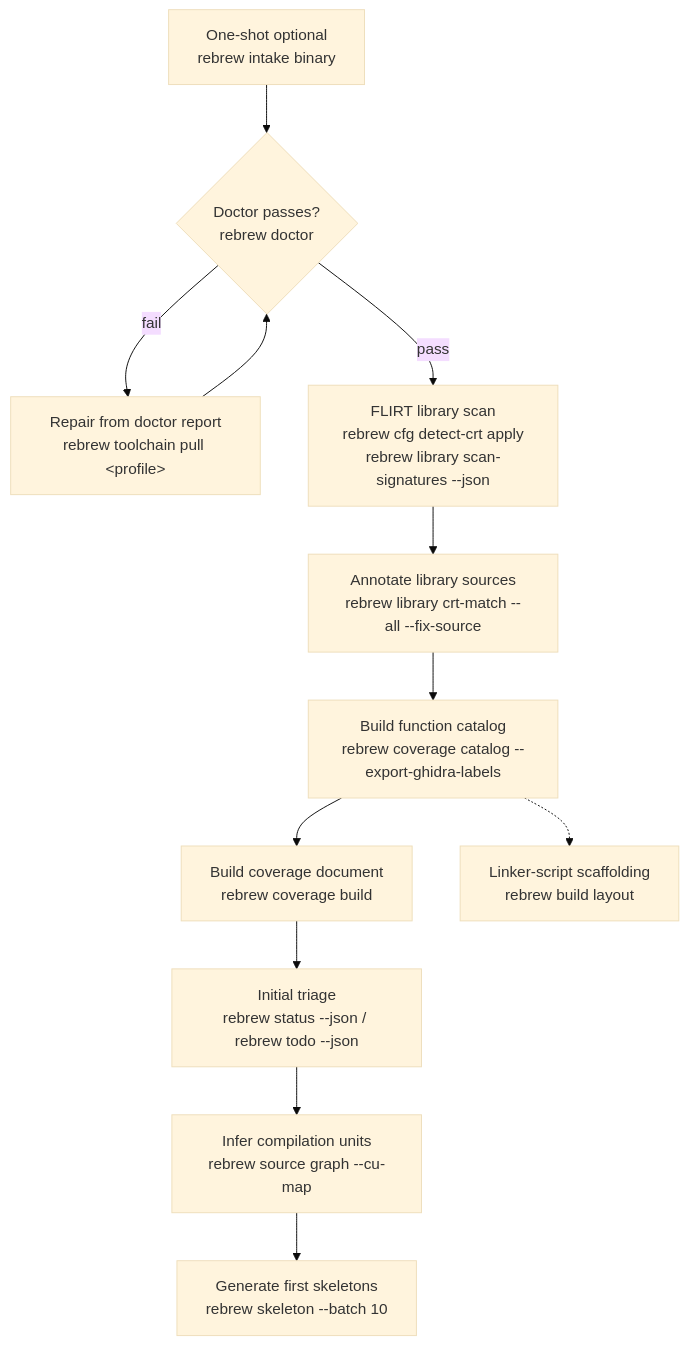
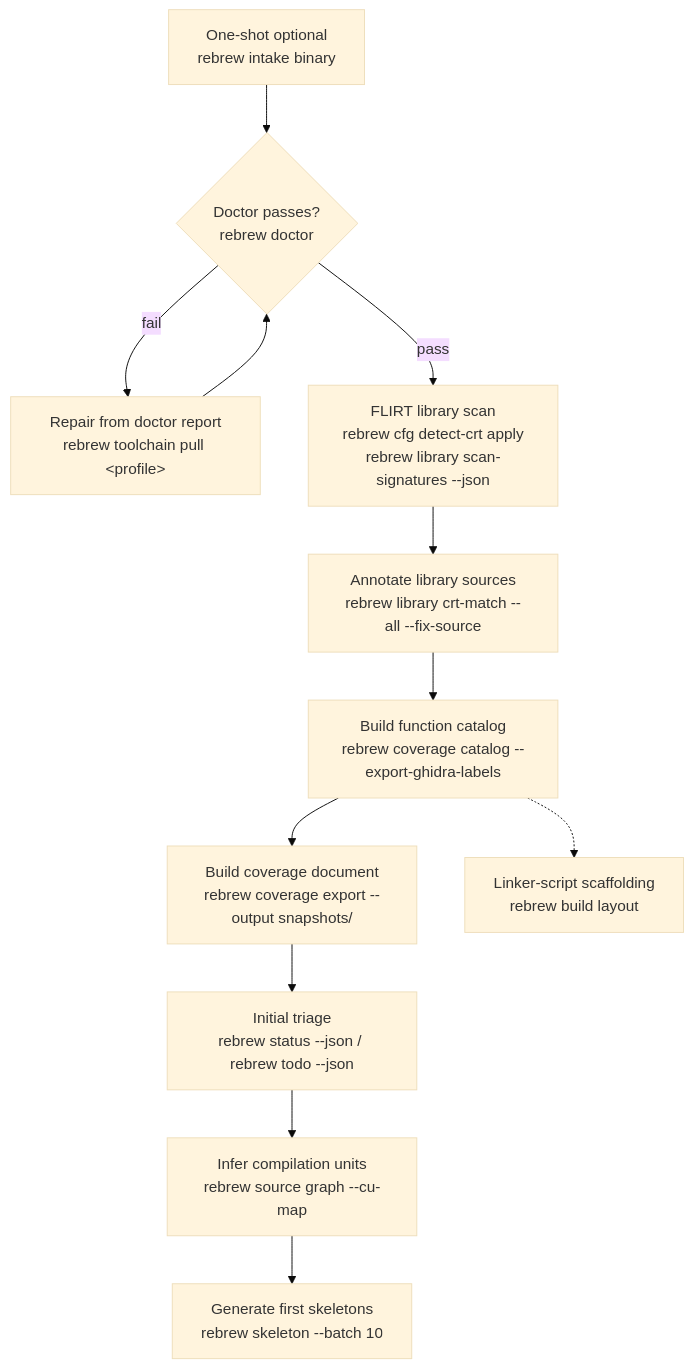
One commit to maci0/rebrew changed the diagram in .agents/skills/rebrew-intake/SKILL.md. Above: the diagram before and after it, drawn with Mermaid (base theme). The commit also changed other lines of this file and 95 other files, not shown here.

````diff
--- a/.agents/skills/rebrew-intake/SKILL.md
+++ b/.agents/skills/rebrew-intake/SKILL.md
@@ -10,14 +10,14 @@
 ```mermaid
 graph TD
     OneShot[One-shot optional<br/>rebrew intake binary] --> Doctor
     Doctor{Doctor passes?<br/>rebrew doctor} -->|fail| Fix[Repair from doctor report<br/>rebrew toolchain pull &lt;profile&gt;]
     Fix --> Doctor
     Doctor -->|pass| Flirt[FLIRT library scan<br/>rebrew cfg detect-crt apply<br/>rebrew library scan-signatures --json]
     Flirt --> CrtMatch[Annotate library sources<br/>rebrew library crt-match --all --fix-source]
     CrtMatch --> Catalog[Build function catalog<br/>rebrew coverage catalog --export-ghidra-labels]
-    Catalog --> BuildDb[Build coverage document<br/>rebrew coverage build]
+    Catalog --> BuildDb[Build coverage document<br/>rebrew coverage export --output snapshots/]
     BuildDb --> Triage[Initial triage<br/>rebrew status --json / rebrew todo --json]
     Triage --> CuMap[Infer compilation units<br/>rebrew source graph --cu-map]
     CuMap --> Skeleton[Generate first skeletons<br/>rebrew skeleton --batch 10]
     Catalog -.-> Layout[Linker-script scaffolding<br/>rebrew build layout]
 ```
````
